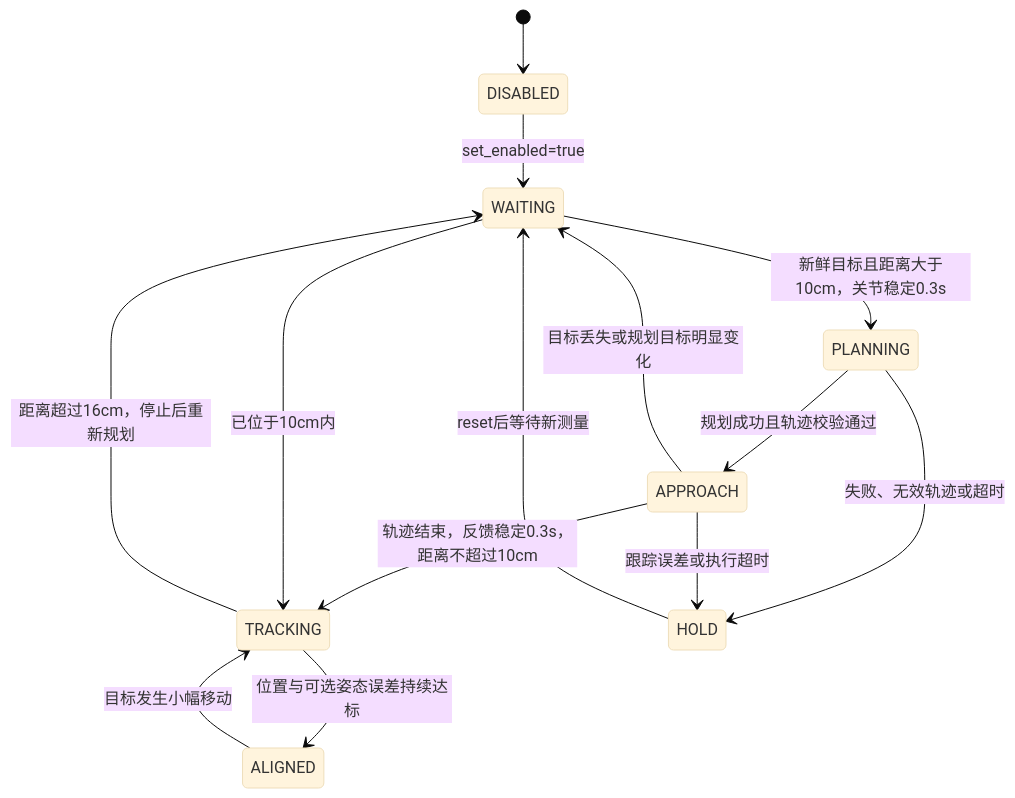
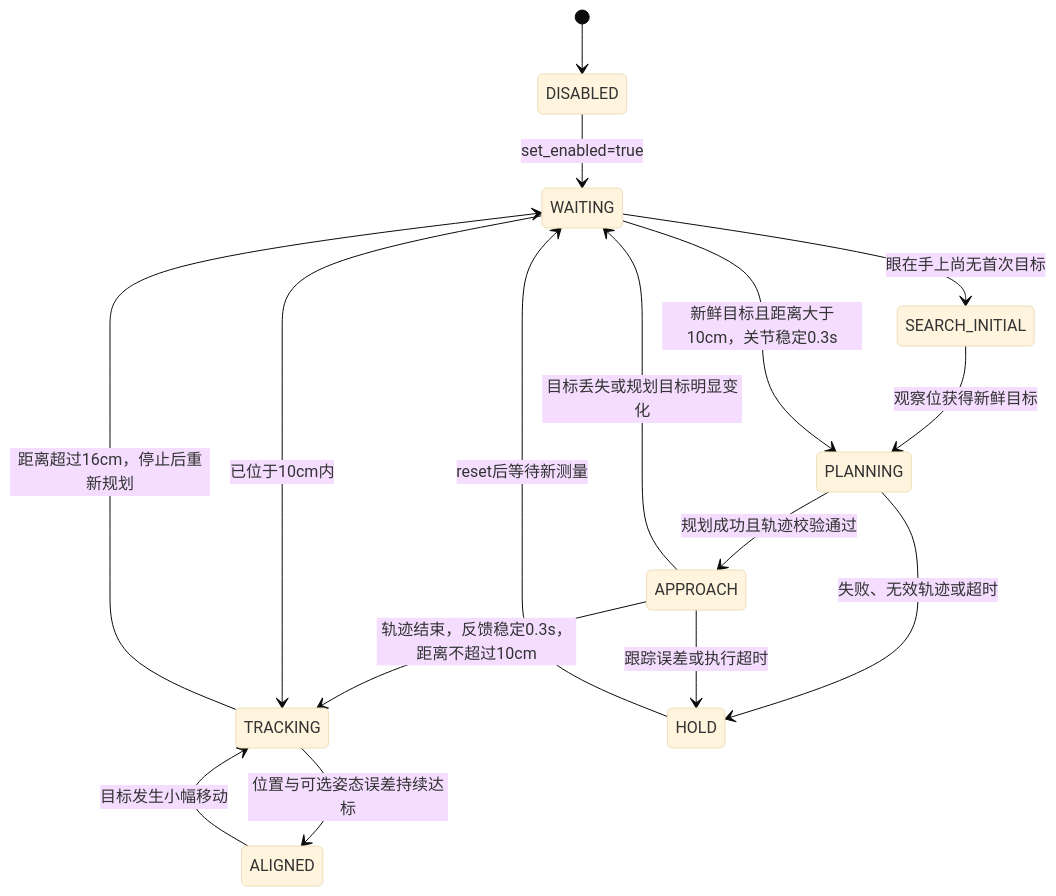
The diagram in aubo/aubo_ros_control/HYBRID_CONTROL.md (2799063570/ros-mobile-manipulation-lab), drawn with Mermaid (base theme) before and after one commit. The commit also changed other lines of this file and 18 other files, not shown here.

````diff
--- a/aubo/aubo_ros_control/HYBRID_CONTROL.md
+++ b/aubo/aubo_ros_control/HYBRID_CONTROL.md
@@ -45,16 +50,18 @@
 ```mermaid
 stateDiagram-v2
     [*] --> DISABLED
     DISABLED --> WAITING: set_enabled=true
+    WAITING --> SEARCH_INITIAL: 眼在手上尚无首次目标
+    SEARCH_INITIAL --> PLANNING: 观察位获得新鲜目标
     WAITING --> PLANNING: 新鲜目标且距离大于10cm，关节稳定0.3s
     PLANNING --> APPROACH: 规划成功且轨迹校验通过
     APPROACH --> TRACKING: 轨迹结束，反馈稳定0.3s，距离不超过10cm
     WAITING --> TRACKING: 已位于10cm内
     TRACKING --> ALIGNED: 位置与可选姿态误差持续达标
     ALIGNED --> TRACKING: 目标发生小幅移动
     TRACKING --> WAITING: 距离超过16cm，停止后重新规划
     APPROACH --> WAITING: 目标丢失或规划目标明显变化
     PLANNING --> HOLD: 失败、无效轨迹或超时
     APPROACH --> HOLD: 跟踪误差或执行超时
     HOLD --> WAITING: reset后等待新测量
 ```
````
